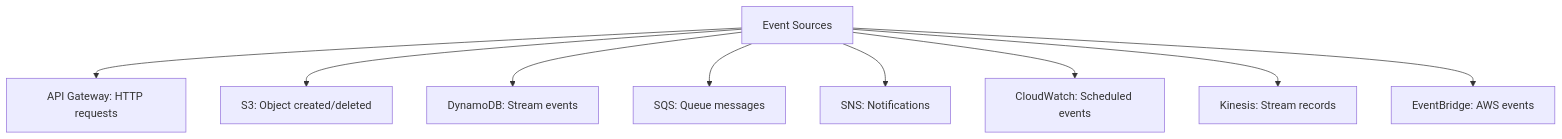
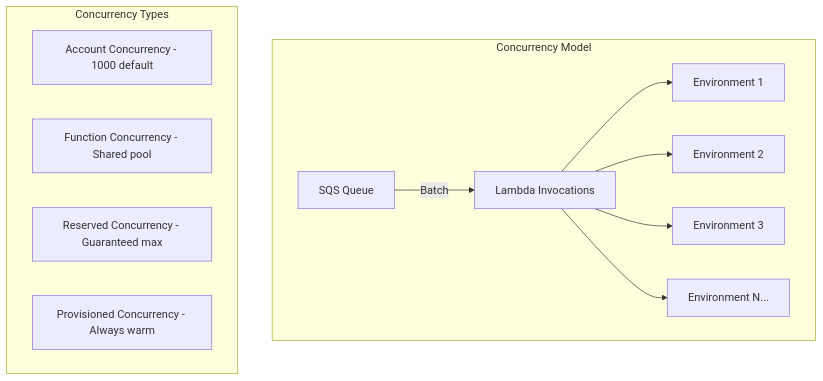
One commit to vanos001/placement_prep changed the sixth of 13 diagrams in src/cloud/aws/lambda.md. Above: the diagram before and after it, drawn with Mermaid. The commit also changed other lines of this file and 18 other files, not shown here.

````diff
--- a/src/cloud/aws/lambda.md
+++ b/src/cloud/aws/lambda.md
@@ -69,11 +159,17 @@
 ```mermaid
-graph TD
-    EVENTS[Event Sources] --> API[API Gateway: HTTP requests]
-    EVENTS --> S3[S3: Object created/deleted]
-    EVENTS --> DYNAMO[DynamoDB: Stream events]
-    EVENTS --> SQS[SQS: Queue messages]
-    EVENTS --> SNS[SNS: Notifications]
-    EVENTS --> CW[CloudWatch: Scheduled events]
-    EVENTS --> KINESIS[Kinesis: Stream records]
-    EVENTS --> EB[EventBridge: AWS events]
+graph TB
+    subgraph "Concurrency Model"
+        SQS_C[SQS Queue] --> |Batch| INV[Lambda Invocations]
+        INV --> ENV1[Environment 1]
+        INV --> ENV2[Environment 2]
+        INV --> ENV3[Environment 3]
+        INV --> ENV_N[Environment N...]
+    end
+
+    subgraph "Concurrency Types"
+        AC[Account Concurrency - 1000 default]
+        FC[Function Concurrency - Shared pool]
+        RC[Reserved Concurrency - Guaranteed max]
+        PC[Provisioned Concurrency - Always warm]
+    end
 ```
````
